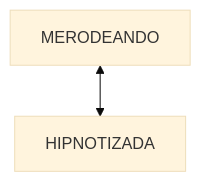
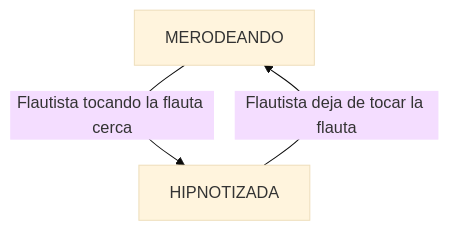
The first of 4 diagrams in README.md (IAV26-G09/IAV26-G09-P1), drawn with Mermaid (base theme) before and after one commit. The commit also changed other lines of this file, not shown here.

````diff
--- a/README.md
+++ b/README.md
@@ -63,4 +86,5 @@
 ```mermaid
 graph TD;
-  MERODEANDO<-->HIPNOTIZADA;
+  MERODEANDO-- Flautista tocando la flauta cerca -->HIPNOTIZADA
+  HIPNOTIZADA-- Flautista deja de tocar la flauta -->MERODEANDO;
 ```
````
